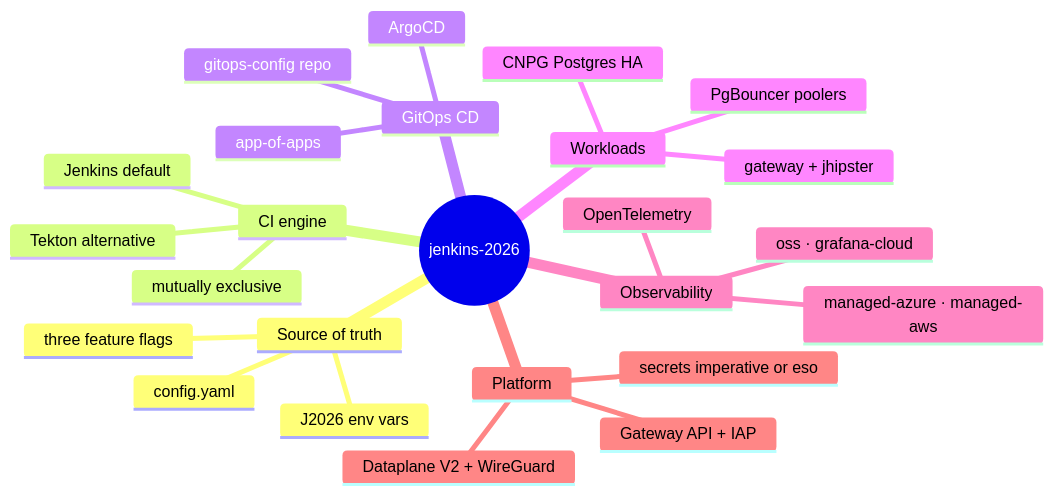
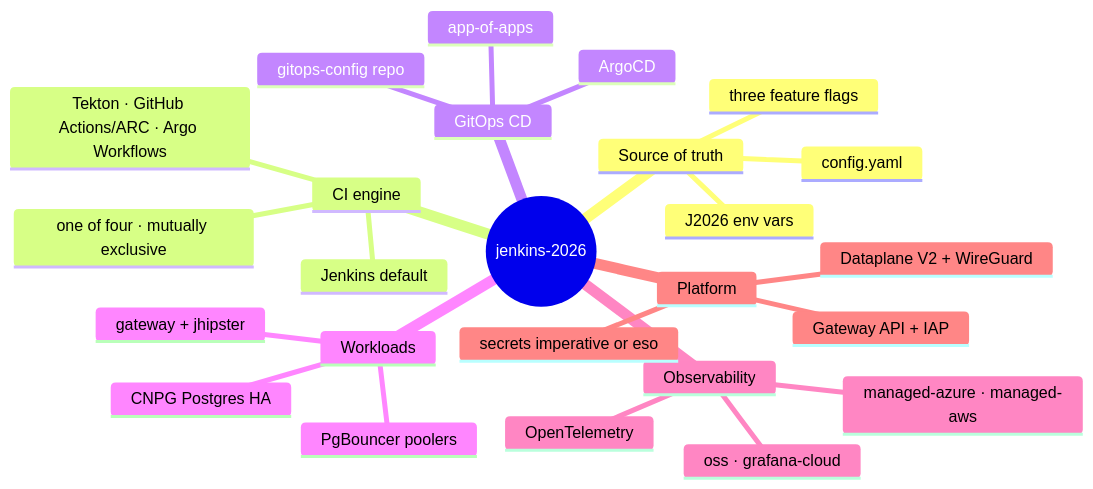
One commit to nubenetes/jenkins-2026 changed the first of 11 diagrams in docs/201-ARCHITECTURE.md. Above: the diagram before and after it, drawn with Mermaid. The commit also changed other lines of this file and 28 other files, not shown here.

````diff
--- a/docs/201-ARCHITECTURE.md
+++ b/docs/201-ARCHITECTURE.md
@@ -27,28 +27,28 @@
 ```mermaid
 mindmap
   root((jenkins-2026))
     Source of truth
       config.yaml
       J2026 env vars
       three feature flags
     CI engine
       Jenkins default
-      Tekton alternative
-      mutually exclusive
+      Tekton · GitHub Actions/ARC · Argo Workflows
+      one of four · mutually exclusive
     GitOps CD
       ArgoCD
       gitops-config repo
       app-of-apps
     Workloads
       gateway + jhipster
       CNPG Postgres HA
       PgBouncer poolers
     Observability
       OpenTelemetry
       oss · grafana-cloud
       managed-azure · managed-aws
     Platform
       Gateway API + IAP
       Dataplane V2 + WireGuard
       secrets imperative or eso
 ```
````
